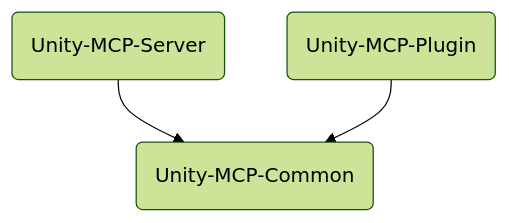
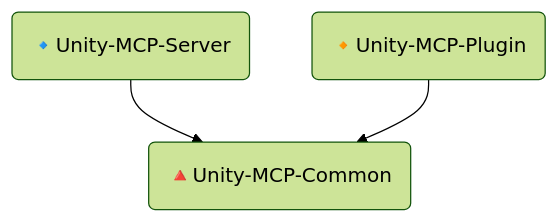
The second of 3 diagrams in docs/dev/Development.md (IvanMurzak/Unity-MCP), drawn with Mermaid (forest theme) before and after one commit. The commit also changed other lines of this file, not shown here.

````diff
--- a/docs/dev/Development.md
+++ b/docs/dev/Development.md
@@ -62,12 +138,10 @@
 ```mermaid
 graph TD
-
-  A(Unity-MCP-Server)
-  B(Unity-MCP-Plugin)
-  C(Unity-MCP-Common)
+  A(🔹Unity-MCP-Server)
+  B(🔸Unity-MCP-Plugin)
+  C(🔺Unity-MCP-Common)
 
   %% Relationships
   A --> C
   B --> C
-
 ```
````
